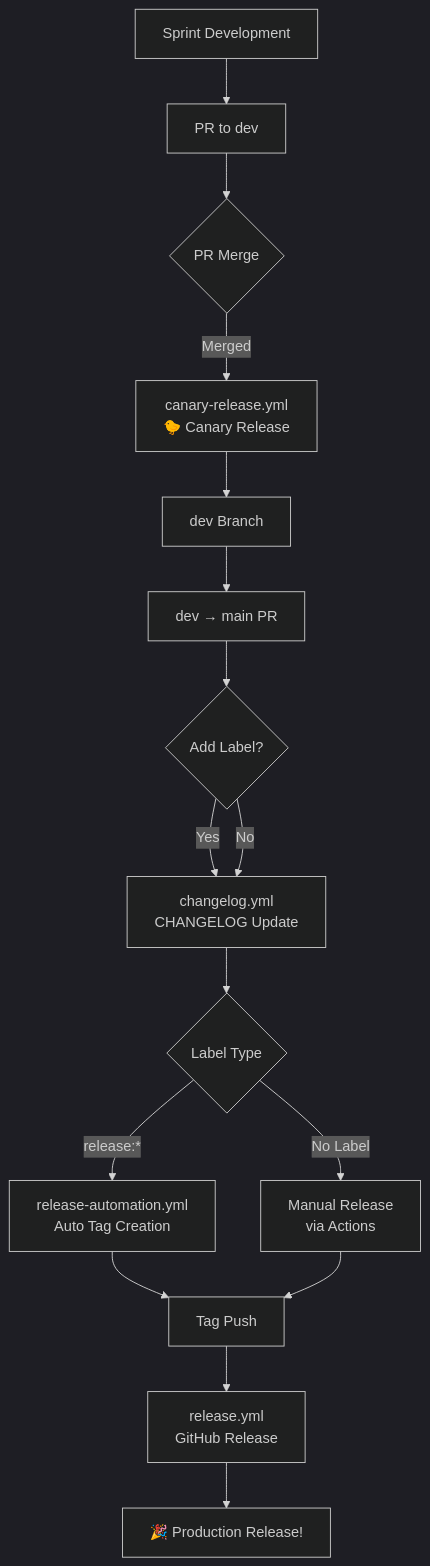
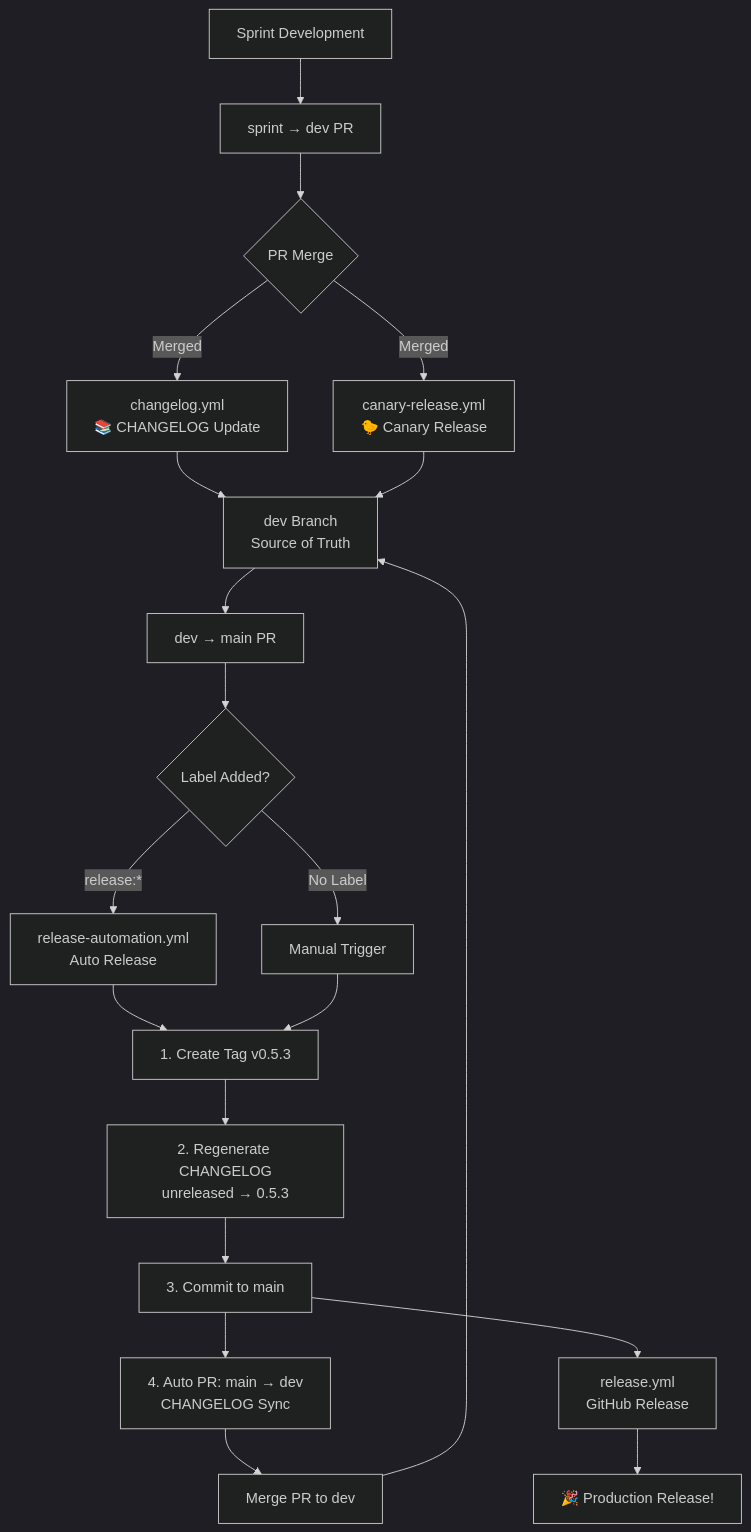
One commit to tyohnn/ssota-canvas changed the diagram in .github/workflows/README.md. Above: the diagram before and after it, drawn with Mermaid (dark theme). The commit also changed other lines of this file and 4 other files, not shown here.

First line of the commit message:
feat: complete automated release workflow with CHANGELOG sync

````diff
--- a/.github/workflows/README.md
+++ b/.github/workflows/README.md
@@ -128,18 +131,22 @@
 ```mermaid
 graph TD
-    A[Sprint Development] --> B[PR to dev]
+    A[Sprint Development] --> B[sprint → dev PR]
     B --> C{PR Merge}
-    C -->|Merged| D[canary-release.yml<br/>🐤 Canary Release]
-    D --> E[dev Branch]
-    E --> F[dev → main PR]
-    F --> G{Add Label?}
-    G -->|Yes| H[changelog.yml<br/>CHANGELOG Update]
-    G -->|No| H
-    H --> I{Label Type}
-    I -->|release:*| J[release-automation.yml<br/>Auto Tag Creation]
-    I -->|No Label| K[Manual Release<br/>via Actions]
-    J --> L[Tag Push]
-    K --> L
-    L --> M[release.yml<br/>GitHub Release]
-    M --> N[🎉 Production Release!]
+    C -->|Merged| D[changelog.yml<br/>📚 CHANGELOG Update]
+    C -->|Merged| E[canary-release.yml<br/>🐤 Canary Release]
+    D --> F[dev Branch<br/>Source of Truth]
+    E --> F
+    F --> G[dev → main PR]
+    G --> H{Label Added?}
+    H -->|release:*| I[release-automation.yml<br/>Auto Release]
+    H -->|No Label| J[Manual Trigger]
+    I --> K[1. Create Tag v0.5.3]
+    J --> K
+    K --> L[2. Regenerate CHANGELOG<br/>unreleased → 0.5.3]
+    L --> M[3. Commit to main]
+    M --> N[4. Auto PR: main → dev<br/>CHANGELOG Sync]
+    M --> O[release.yml<br/>GitHub Release]
+    O --> P[🎉 Production Release!]
+    N --> Q[Merge PR to dev]
+    Q --> F
 ```
````
